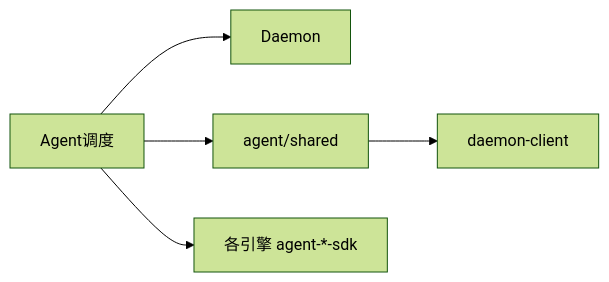
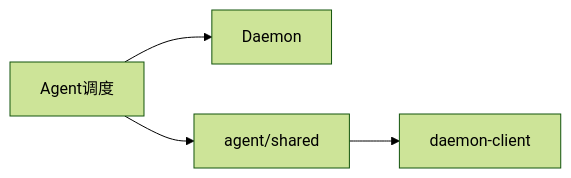
One commit to suveng/cursor-claw changed the second of 2 diagrams in knowledge/业务域/Agent调度/01-概览.md. Above: the diagram before and after it, drawn with Mermaid (forest theme). The commit also changed other lines of this file and 42 other files, not shown here.

````diff
--- a/knowledge/业务域/Agent调度/01-概览.md
+++ b/knowledge/业务域/Agent调度/01-概览.md
@@ -55,7 +63,6 @@
 ```mermaid
 flowchart LR
   AD[Agent调度] --> DM[Daemon]
   AD --> SH[agent/shared]
   SH --> DC[daemon-client]
-  AD --> APIs[各引擎 agent-*-sdk]
 ```
````
